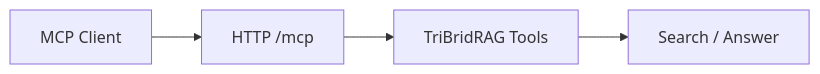
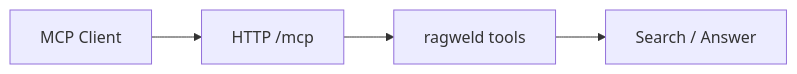
One commit to DMontgomery40/ragweld changed the diagram in mkdocs/docs/integrations/mcp.md. Above: the diagram before and after it, drawn with Mermaid. The commit also changed other lines of this file and 12 other files, not shown here.

````diff
--- a/mkdocs/docs/integrations/mcp.md
+++ b/mkdocs/docs/integrations/mcp.md
@@ -53,6 +57,6 @@
 ```mermaid
 flowchart LR
     Client["MCP Client"] --> HTTP["HTTP /mcp"]
-    HTTP --> RAG["TriBridRAG Tools"]
+    HTTP --> RAG["ragweld tools"]
     RAG --> Search["Search / Answer"]
 ```
````
